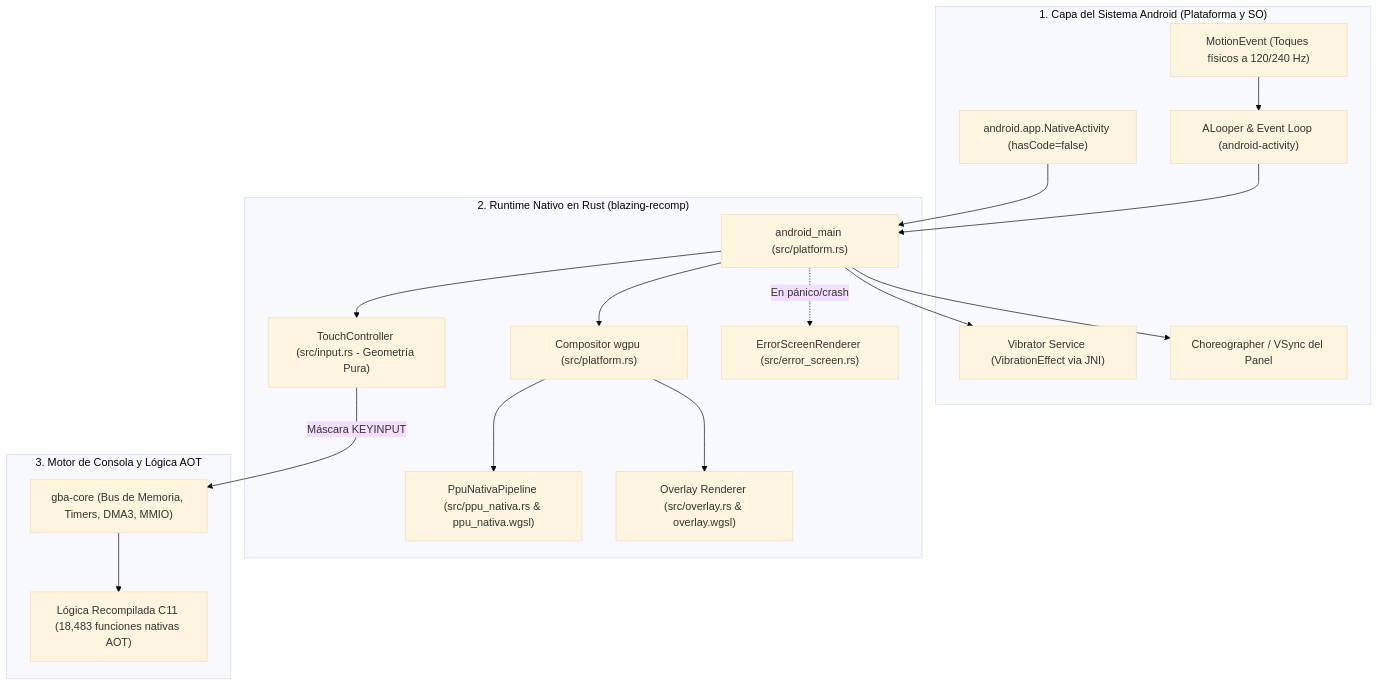
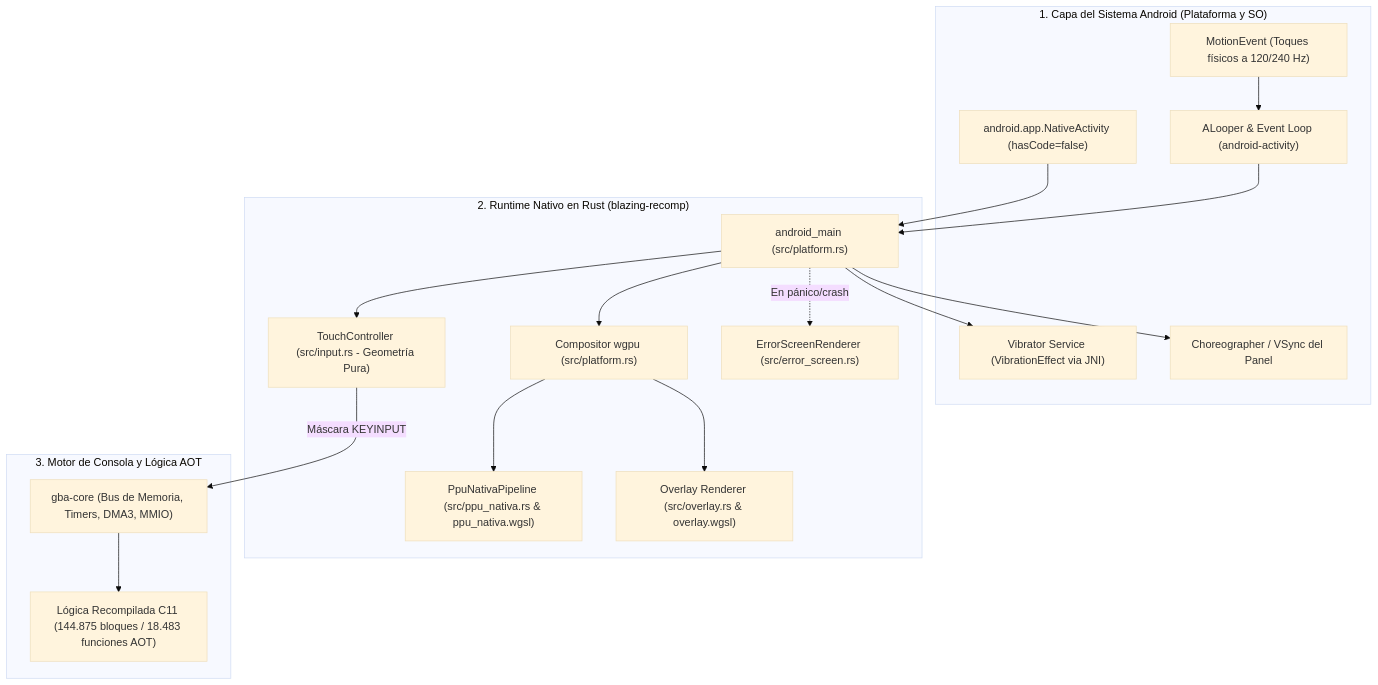
One commit to FelipeRomeroDUOC/blazing-recomp changed the diagram in docs/explicacion/arquitectura-port-android.md. Above: the diagram before and after it, drawn with Mermaid (base theme). The commit also changed other lines of this file and 13 other files, not shown here.

````diff
--- a/docs/explicacion/arquitectura-port-android.md
+++ b/docs/explicacion/arquitectura-port-android.md
@@ -22,36 +22,36 @@
 ```mermaid
 flowchart TD
     subgraph CapaAndroid["1. Capa del Sistema Android (Plataforma y SO)"]
         NA["android.app.NativeActivity (hasCode=false)"]
         Looper["ALooper & Event Loop (android-activity)"]
         TouchOS["MotionEvent (Toques físicos a 120/240 Hz)"]
         HapticOS["Vibrator Service (VibrationEffect via JNI)"]
         Choreo["Choreographer / VSync del Panel"]
     end
 
     subgraph CapaRust["2. Runtime Nativo en Rust (blazing-recomp)"]
         AM["android_main (src/platform.rs)"]
         TC["TouchController (src/input.rs - Geometría Pura)"]
         Comp["Compositor wgpu (src/platform.rs)"]
         PPU["PpuNativaPipeline (src/ppu_nativa.rs & ppu_nativa.wgsl)"]
         Over["Overlay Renderer (src/overlay.rs & overlay.wgsl)"]
         ErrScr["ErrorScreenRenderer (src/error_screen.rs)"]
     end
 
     subgraph CapaMotor["3. Motor de Consola y Lógica AOT"]
         GbaCore["gba-core (Bus de Memoria, Timers, DMA3, MMIO)"]
-        JuegoC["Lógica Recompilada C11 (18,483 funciones nativas AOT)"]
+        JuegoC["Lógica Recompilada C11 (144.875 bloques / 18.483 funciones AOT)"]
     end
 
     NA --> AM
     TouchOS --> Looper --> AM
     AM --> TC
     TC -->|Máscara KEYINPUT| GbaCore
     AM --> HapticOS
     AM --> Choreo
     AM --> Comp
     Comp --> PPU
     Comp --> Over
     GbaCore --> JuegoC
     AM -.->|En pánico/crash| ErrScr
 ```
````
